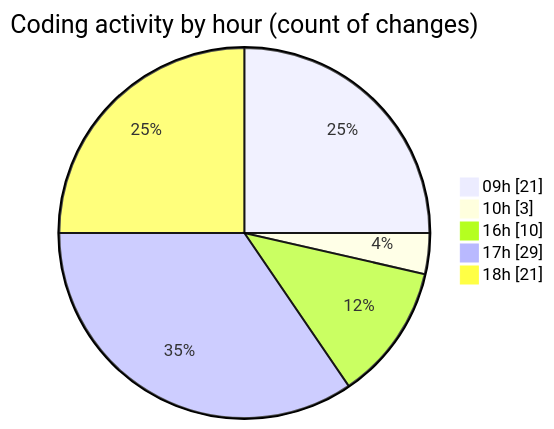
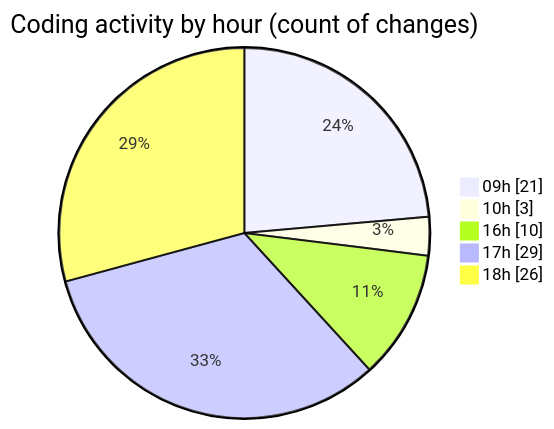
One commit to momahboobian/code-tracking changed the second of 2 diagrams in 2025-12-17/cda/README.md. Above: the diagram before and after it, drawn with Mermaid. The commit also changed other lines of this file and 1 other file, not shown here.

````diff
--- a/2025-12-17/cda/README.md
+++ b/2025-12-17/cda/README.md
@@ -56,9 +56,9 @@
 ```mermaid
 pie showData
 title Coding activity by hour (count of changes)
 "09h" : 21
 "10h" : 3
 "16h" : 10
 "17h" : 29
-"18h" : 21
+"18h" : 26
 ```
````
